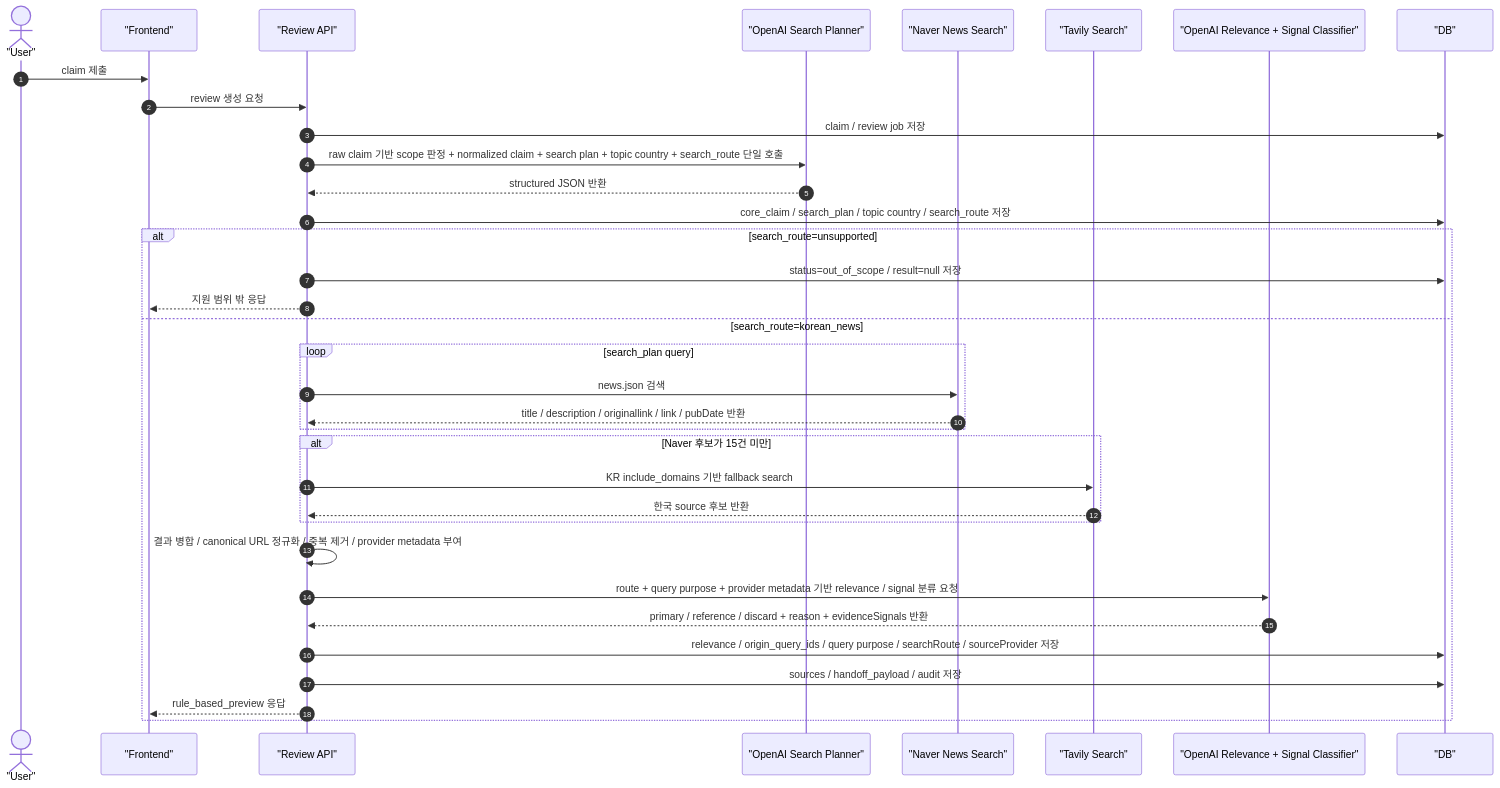
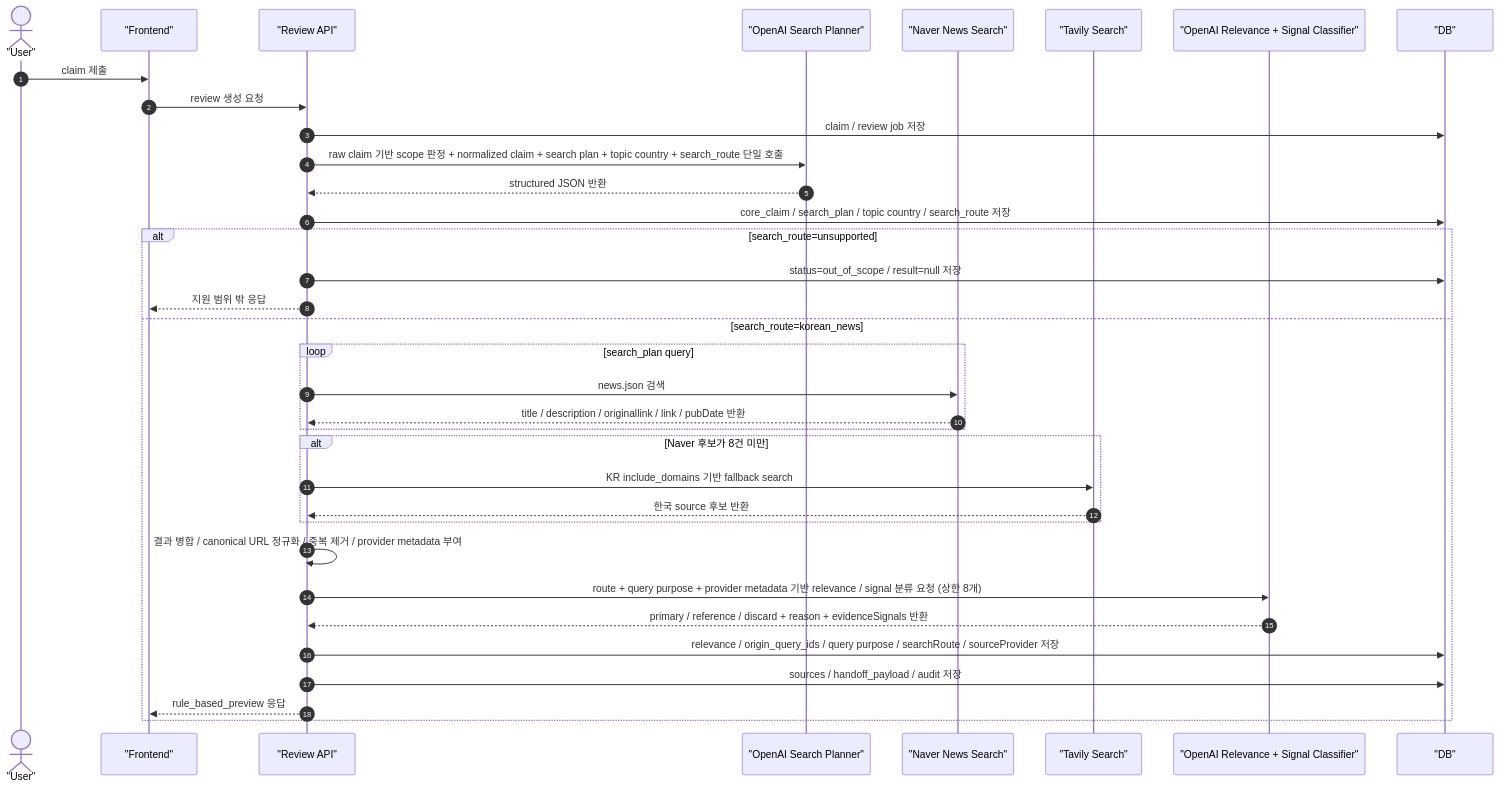
Before and after one commit to dyjeong576/varo: the first of 2 diagrams in docs/review-query-processing.md, drawn with Mermaid. The commit also changed other lines of this file and 19 other files, not shown here.

````diff
--- a/docs/review-query-processing.md
+++ b/docs/review-query-processing.md
@@ -175,39 +174,39 @@
 ```mermaid
 sequenceDiagram
     autonumber
     actor User as "User"
     participant Frontend as "Frontend"
     participant ReviewAPI as "Review API"
     participant QueryPlanner as "OpenAI Search Planner"
     participant Naver as "Naver News Search"
     participant Tavily as "Tavily Search"
     participant RelevanceSignalClassifier as "OpenAI Relevance + Signal Classifier"
     participant DB as "DB"
 
     User->>Frontend: claim 제출
     Frontend->>ReviewAPI: review 생성 요청
     ReviewAPI->>DB: claim / review job 저장
     ReviewAPI->>QueryPlanner: raw claim 기반 scope 판정 + normalized claim + search plan + topic country + search_route 단일 호출
     QueryPlanner-->>ReviewAPI: structured JSON 반환
     ReviewAPI->>DB: core_claim / search_plan / topic country / search_route 저장
 
     alt search_route=unsupported
         ReviewAPI->>DB: status=out_of_scope / result=null 저장
         ReviewAPI-->>Frontend: 지원 범위 밖 응답
     else search_route=korean_news
         loop search_plan query
             ReviewAPI->>Naver: news.json 검색
             Naver-->>ReviewAPI: title / description / originallink / link / pubDate 반환
         end
-        alt Naver 후보가 15건 미만
+        alt Naver 후보가 8건 미만
             ReviewAPI->>Tavily: KR include_domains 기반 fallback search
             Tavily-->>ReviewAPI: 한국 source 후보 반환
         end
         ReviewAPI->>ReviewAPI: 결과 병합 / canonical URL 정규화 / 중복 제거 / provider metadata 부여
-        ReviewAPI->>RelevanceSignalClassifier: route + query purpose + provider metadata 기반 relevance / signal 분류 요청
+        ReviewAPI->>RelevanceSignalClassifier: route + query purpose + provider metadata 기반 relevance / signal 분류 요청 (상한 8개)
         RelevanceSignalClassifier-->>ReviewAPI: primary / reference / discard + reason + evidenceSignals 반환
         ReviewAPI->>DB: relevance / origin_query_ids / query purpose / searchRoute / sourceProvider 저장
         ReviewAPI->>DB: sources / handoff_payload / audit 저장
         ReviewAPI-->>Frontend: rule_based_preview 응답
     end
 ```
````
